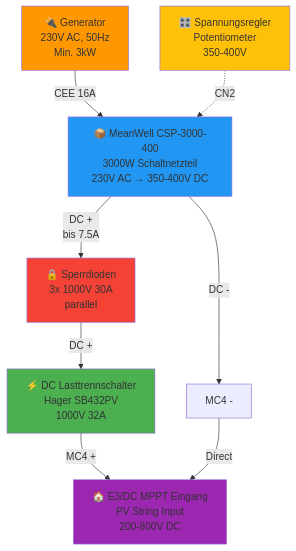
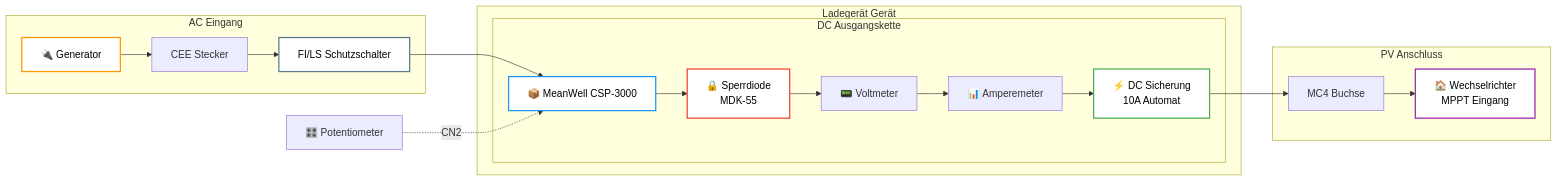
One commit to ESDN83/Home-Solar-Portable-emergency-charger changed the diagram in documentation/SCHEMATICS.md. Above: the diagram before and after it, drawn with Mermaid. The commit also changed other lines of this file and 5 other files, not shown here.

````diff
--- a/documentation/SCHEMATICS.md
+++ b/documentation/SCHEMATICS.md
@@ -16,22 +16,33 @@
 ```mermaid
-graph TB
-    A[🔌 Generator<br/>230V AC, 50Hz<br/>Min. 3kW] -->|CEE 16A| B[📦 MeanWell CSP-3000-400<br/>3000W Schaltnetzteil<br/>230V AC → 350-400V DC]
-    
-    B -->|DC +<br/>bis 7.5A| C[🔒 Sperrdioden<br/>3x 1000V 30A<br/>parallel]
-    
-    C -->|DC +| D[⚡ DC Lasttrennschalter<br/>Hager SB432PV<br/>1000V 32A]
-    
-    D -->|MC4 +| E[🏠 E3/DC MPPT Eingang<br/>PV String Input<br/>200-800V DC]
-    
-    B -->|DC -| F[MC4 -]
-    F -->|Direct| E
-    
-    G[🎛️ Spannungsregler<br/>Potentiometer<br/>350-400V] -.->|CN2| B
-    
-    style A fill:#ff9800
-    style B fill:#2196f3
-    style C fill:#f44336
-    style D fill:#4caf50
-    style E fill:#9c27b0
-    style G fill:#ffc107
+graph LR
+    subgraph AC_Input [AC Eingang]
+        Gen[🔌 Generator] --> CEE[CEE Stecker]
+        CEE --> RCBO[FI/LS Schutzschalter]
+    end
+
+    subgraph Power_Unit [Ladegerät Gerät]
+        RCBO --> MW[📦 MeanWell CSP-3000]
+        
+        subgraph DC_Output_Chain [DC Ausgangskette]
+            MW --> Diode[🔒 Sperrdiode<br/>MDK-55]
+            Diode --> Volt[📟 Voltmeter]
+            Volt --> Amp[📊 Amperemeter]
+            Amp --> Fuse[⚡ DC Sicherung<br/>10A Automat]
+        end
+    end
+
+    subgraph PV_Connection [PV Anschluss]
+        Fuse --> MC4[MC4 Buchse]
+        MC4 --> WR[🏠 Wechselrichter<br/>MPPT Eingang]
+    end
+
+    Poti[🎛️ Potentiometer] -.->|CN2| MW
+
+    %% Styles für bessere Lesbarkeit
+    style Gen fill:#fff,stroke:#ff9800,stroke-width:2px,color:#000
+    style MW fill:#fff,stroke:#2196f3,stroke-width:2px,color:#000
+    style Diode fill:#fff,stroke:#f44336,stroke-width:2px,color:#000
+    style Fuse fill:#fff,stroke:#4caf50,stroke-width:2px,color:#000
+    style WR fill:#fff,stroke:#9c27b0,stroke-width:2px,color:#000
+    style RCBO fill:#fff,stroke:#607d8b,stroke-width:2px,color:#000
 ```
````
